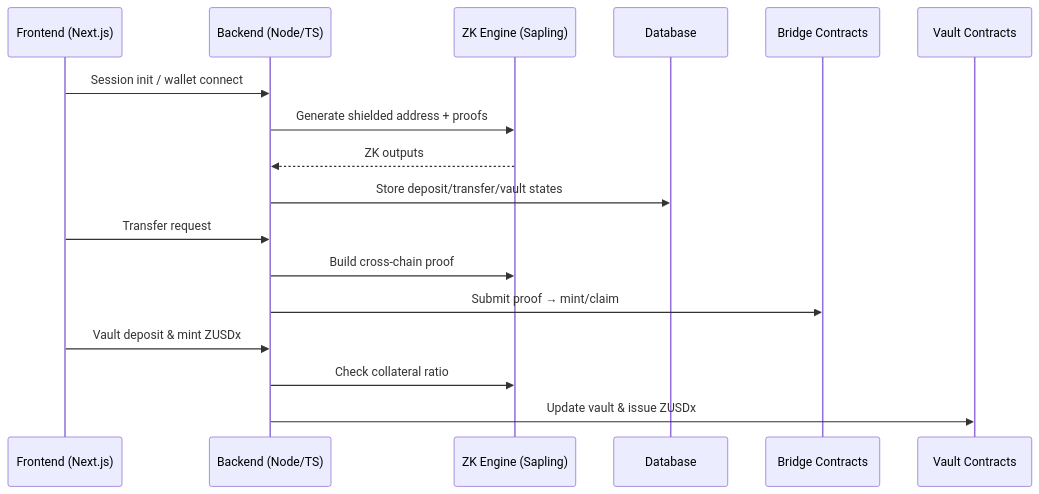
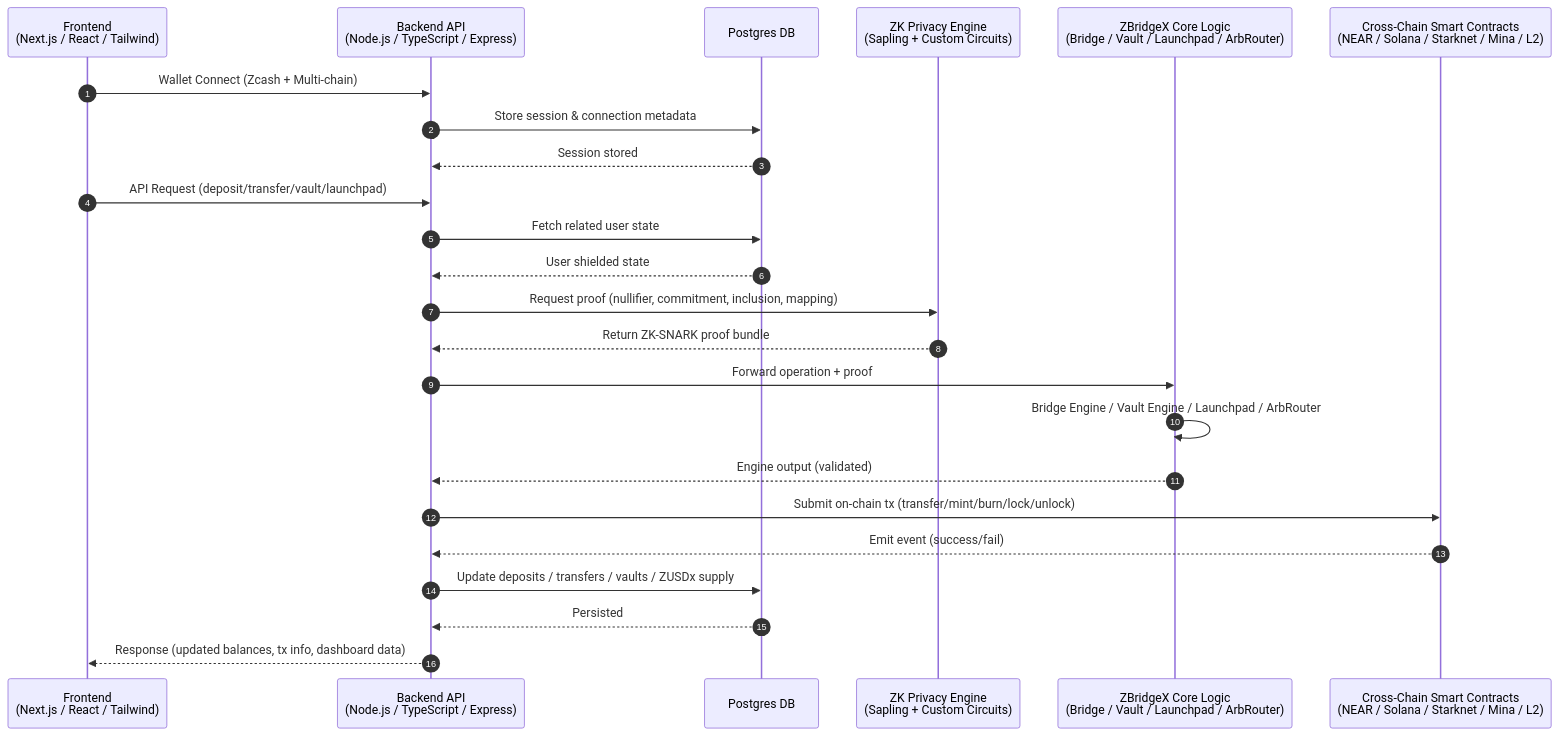
One commit to ZBridgeX/zbridgex-mvp changed the second of 2 diagrams in README.md. Above: the diagram before and after it, drawn with Mermaid. The commit also changed other lines of this file, not shown here.

````diff
--- a/README.md
+++ b/README.md
@@ -117,22 +119,41 @@
 ```mermaid
 sequenceDiagram
-    participant FE as Frontend (Next.js)
-    participant BE as Backend (Node/TS)
-    participant ZK as ZK Engine (Sapling)
-    participant DB as Database
-    participant BC as Bridge Contracts
-    participant V as Vault Contracts
+    autonumber
 
-    FE->>BE: Session init / wallet connect
-    BE->>ZK: Generate shielded address + proofs
-    ZK-->>BE: ZK outputs
-    BE->>DB: Store deposit/transfer/vault states
+    participant FE as Frontend<br>(Next.js / React / Tailwind)
+    participant BE as Backend API<br>(Node.js / TypeScript / Express)
+    participant DB as Postgres DB
+    participant ZK as ZK Privacy Engine<br>(Sapling + Custom Circuits)
+    participant CORE as ZBridgeX Core Logic<br>(Bridge / Vault / Launchpad / ArbRouter)
+    participant BC as Cross-Chain Smart Contracts<br>(NEAR / Solana / Starknet / Mina / L2)
 
-    FE->>BE: Transfer request
-    BE->>ZK: Build cross-chain proof
-    BE->>BC: Submit proof → mint/claim
+    %% --- 1. Wallet Connect ---
+    FE->>BE: Wallet Connect (Zcash + Multi-chain)
+    BE->>DB: Store session & connection metadata
+    DB-->>BE: Session stored
 
-    FE->>BE: Vault deposit & mint ZUSDx
-    BE->>ZK: Check collateral ratio
-    BE->>V: Update vault & issue ZUSDx
+    %% --- 2. Backend Session / Proof Handling ---
+    FE->>BE: API Request (deposit/transfer/vault/launchpad)
+    BE->>DB: Fetch related user state
+    DB-->>BE: User shielded state
+
+    %% --- 3. ZK Proof Generation ---
+    BE->>ZK: Request proof (nullifier, commitment, inclusion, mapping)
+    ZK-->>BE: Return ZK-SNARK proof bundle
+
+    %% --- 4. Core Logic Engines ---
+    BE->>CORE: Forward operation + proof
+    CORE->>CORE: Bridge Engine / Vault Engine / Launchpad / ArbRouter
+    CORE-->>BE: Engine output (validated)
+
+    %% --- 5. On-Chain Execution ---
+    BE->>BC: Submit on-chain tx (transfer/mint/burn/lock/unlock)
+    BC-->>BE: Emit event (success/fail)
+
+    %% --- 6. Database Update ---
+    BE->>DB: Update deposits / transfers / vaults / ZUSDx supply
+    DB-->>BE: Persisted
+
+    %% --- 7. Frontend Sync ---
+    BE-->>FE: Response (updated balances, tx info, dashboard data)
 ```
````
